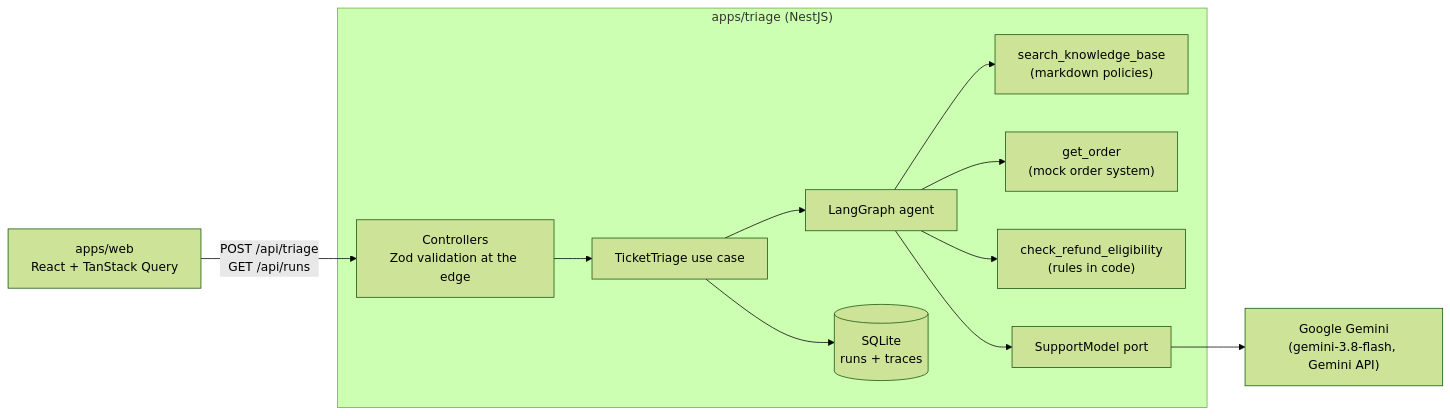
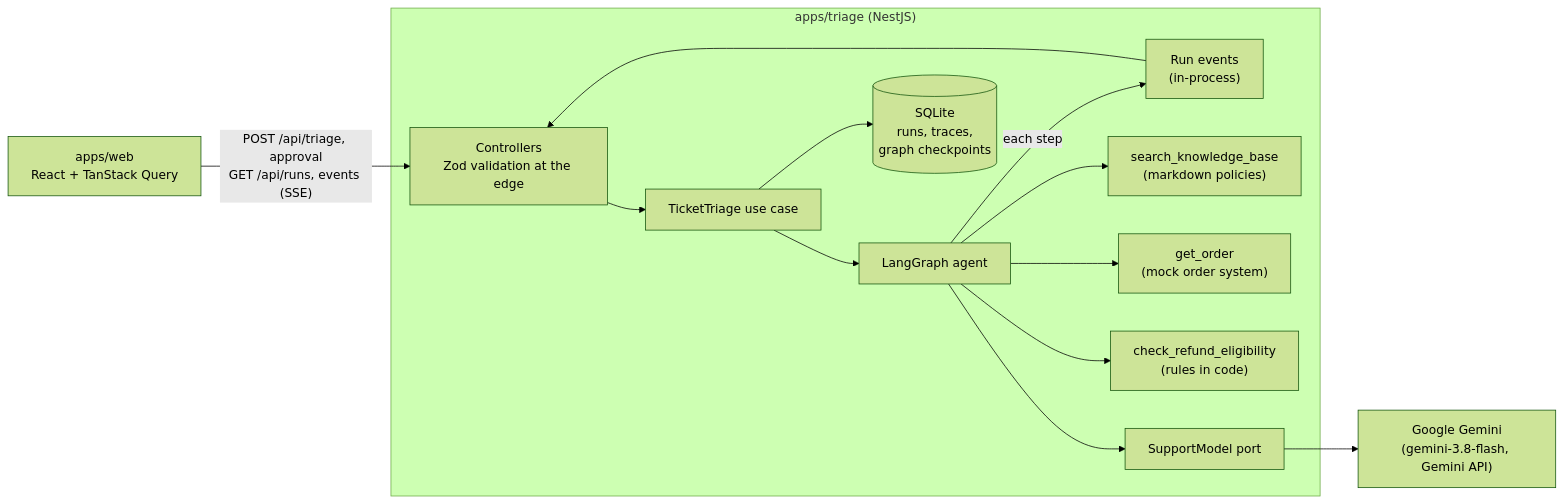
Before and after one commit to hovorun-art/bulls-media-test-task: the first of 2 diagrams in README.md, drawn with Mermaid (forest theme). The commit also changed other lines of this file and 1 other file, not shown here.

First line of the commit message:
docs(readme): background runs, refund approval, deadline and Gemini; key on the command line

````diff
--- a/README.md
+++ b/README.md
@@ -72,14 +77,15 @@
 ```mermaid
 flowchart LR
-  UI["apps/web<br/>React + TanStack Query"] -- "POST /api/triage<br/>GET /api/runs" --> API
+  UI["apps/web<br/>React + TanStack Query"] -- "POST /api/triage, approval<br/>GET /api/runs, events (SSE)" --> API
   subgraph svc["apps/triage (NestJS)"]
     API["Controllers<br/>Zod validation at the edge"] --> UC["TicketTriage use case"]
     UC --> AG["LangGraph agent"]
-    UC --> DB[("SQLite<br/>runs + traces")]
+    UC --> DB[("SQLite<br/>runs, traces,<br/>graph checkpoints")]
+    AG -- "each step" --> EV["Run events<br/>(in-process)"] --> API
     AG --> T1["search_knowledge_base<br/>(markdown policies)"]
     AG --> T2["get_order<br/>(mock order system)"]
     AG --> T3["check_refund_eligibility<br/>(rules in code)"]
     AG --> M["SupportModel port"]
   end
   M --> G["Google Gemini<br/>(gemini-3.8-flash, Gemini API)"]
 ```
````
